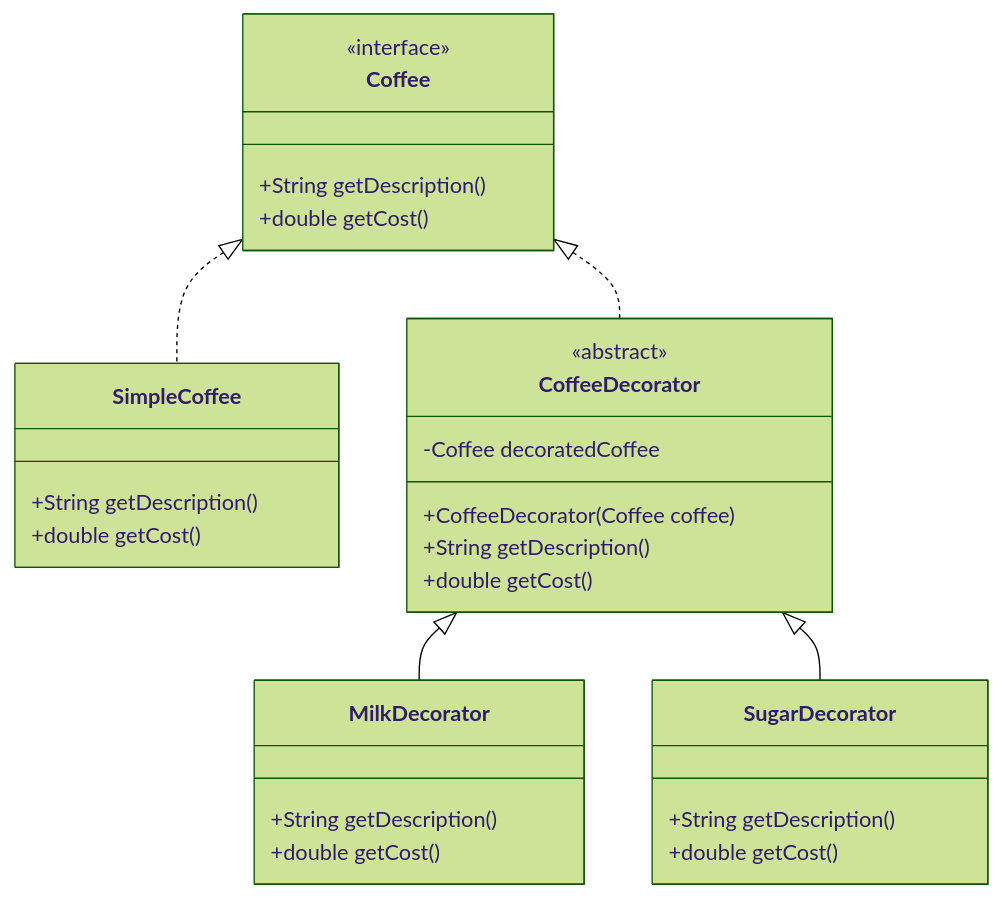
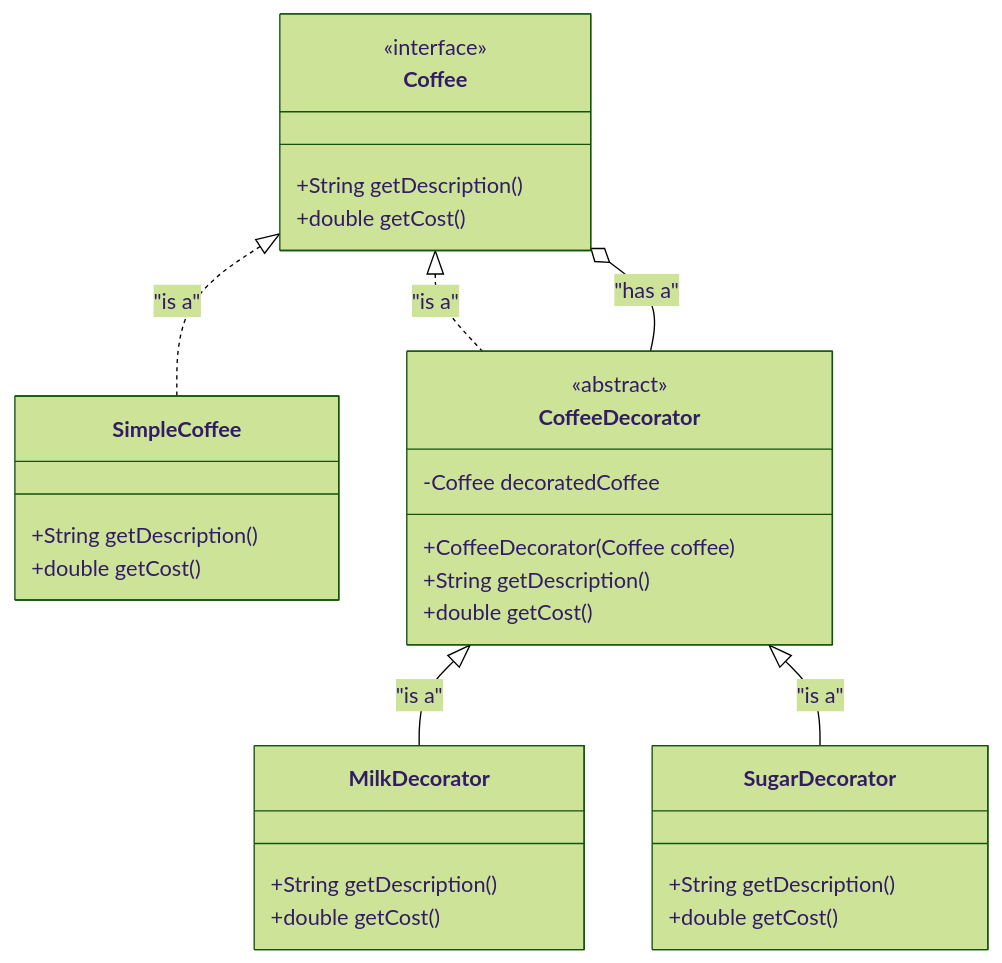
One commit to sachinyadav111140/designPattern changed the diagram in structural/Decorator/Decorator.md. Above: the diagram before and after it, drawn with Mermaid (forest theme). The commit also changed other lines of this file, not shown here.

Commit message:
decorator

````diff
--- a/structural/Decorator/Decorator.md
+++ b/structural/Decorator/Decorator.md
@@ -92,36 +92,37 @@
 ```mermaid
 classDiagram
     class Coffee {
         <<interface>>
         +String getDescription()
         +double getCost()
     }
 
     class SimpleCoffee {
         +String getDescription()
         +double getCost()
     }
 
     class CoffeeDecorator {
         <<abstract>>
         -Coffee decoratedCoffee
         +CoffeeDecorator(Coffee coffee)
         +String getDescription()
         +double getCost()
     }
 
     class MilkDecorator {
         +String getDescription()
         +double getCost()
     }
 
     class SugarDecorator {
         +String getDescription()
         +double getCost()
     }
 
-    Coffee <|.. SimpleCoffee
-    Coffee <|.. CoffeeDecorator
-    CoffeeDecorator <|-- MilkDecorator
-    CoffeeDecorator <|-- SugarDecorator
+    Coffee <|.. SimpleCoffee : "is a"
+    Coffee <|.. CoffeeDecorator : "is a"
+    CoffeeDecorator <|-- MilkDecorator : "is a"
+    CoffeeDecorator <|-- SugarDecorator : "is a"
+    Coffee o-- CoffeeDecorator : "has a"
 ```
````
